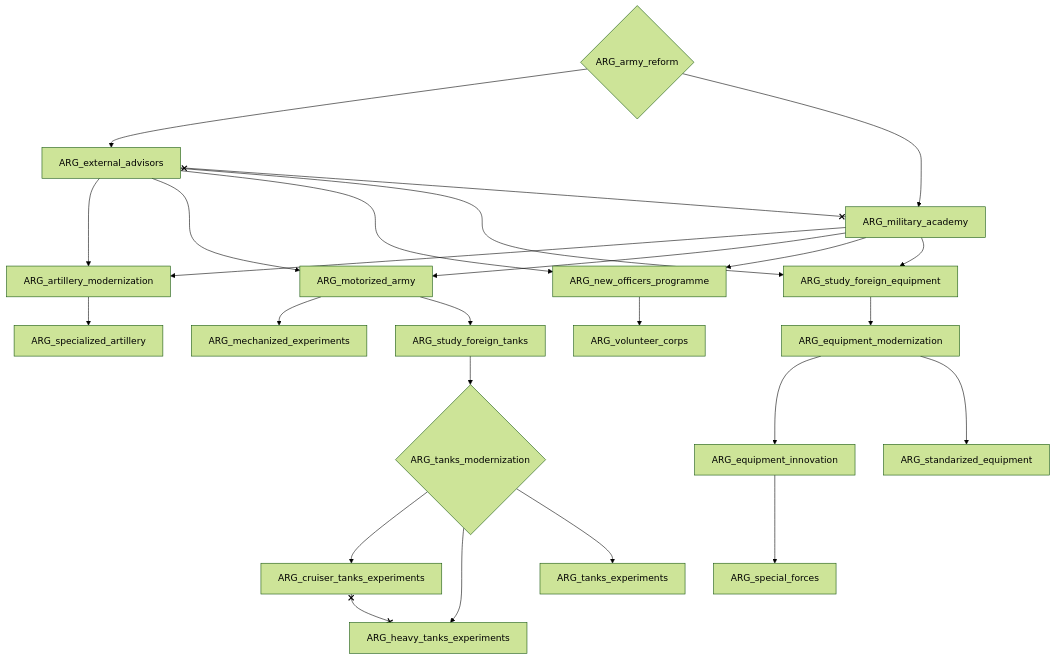
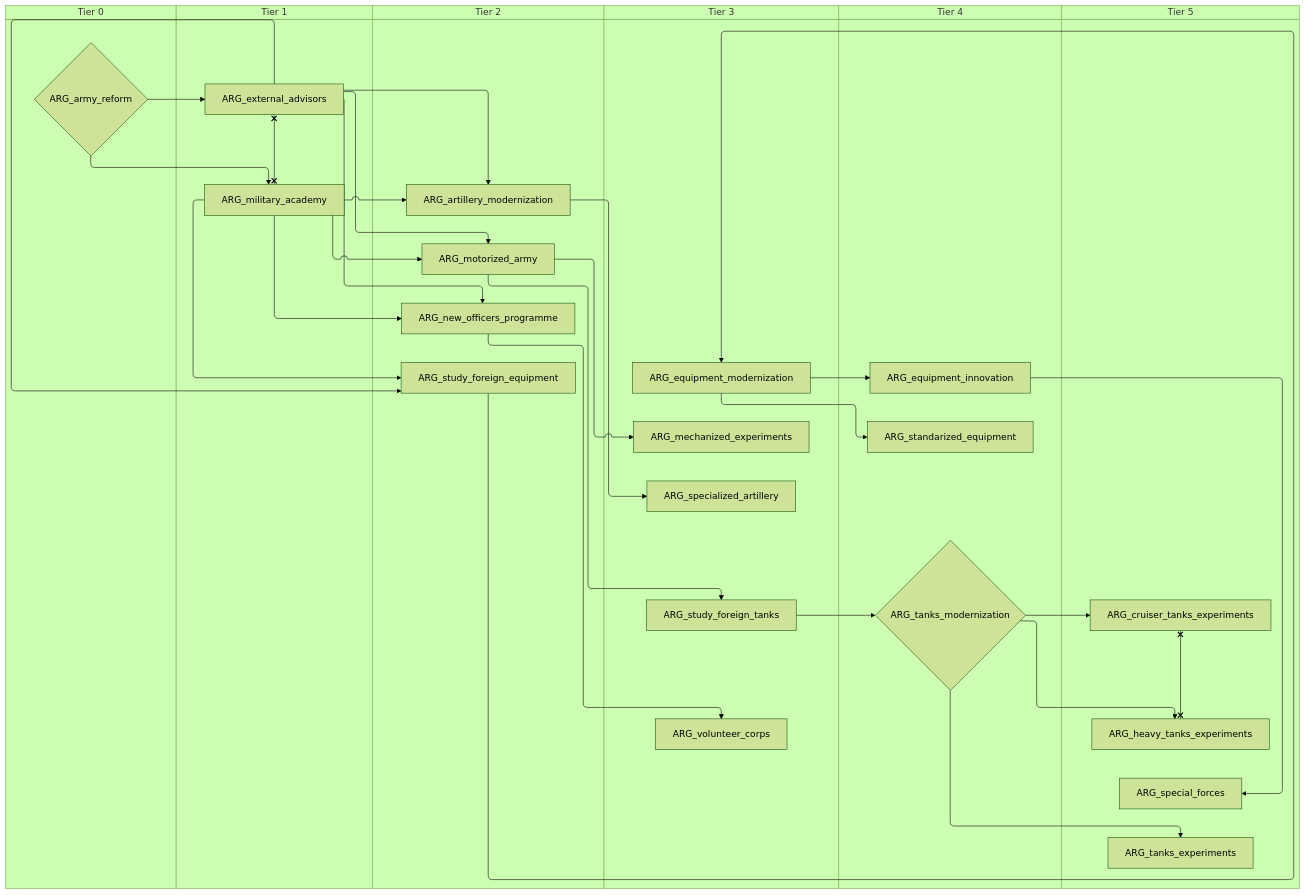
The second of 5 diagrams in docs/gdd/National Focuses/r56_argentina.md (evgeny-sobol/hoi4-sandbox-mode-r56), drawn with Mermaid (forest theme) before and after one commit. The commit also changed other lines of this file and 423 other files, not shown here.

First line of the commit message:
Re-export Rt56 focus trees as swimlane diagrams

````diff
--- a/docs/gdd/National Focuses/r56_argentina.md
+++ b/docs/gdd/National Focuses/r56_argentina.md
@@ -34,46 +42,58 @@
 ```mermaid
-flowchart TD
-    n13{"ARG_army_reform"}
-    n14["ARG_artillery_modernization"]
-    n15["ARG_cruiser_tanks_experiments"]
-    n16["ARG_equipment_innovation"]
-    n17["ARG_equipment_modernization"]
-    n18["ARG_external_advisors"]
-    n19["ARG_heavy_tanks_experiments"]
-    n20["ARG_mechanized_experiments"]
-    n21["ARG_military_academy"]
-    n22["ARG_motorized_army"]
-    n23["ARG_new_officers_programme"]
-    n24["ARG_special_forces"]
-    n25["ARG_specialized_artillery"]
-    n26["ARG_standarized_equipment"]
-    n27["ARG_study_foreign_equipment"]
-    n28["ARG_study_foreign_tanks"]
-    n29["ARG_tanks_experiments"]
-    n30{"ARG_tanks_modernization"}
-    n31["ARG_volunteer_corps"]
-    n18 --> n14
-    n21 --> n14
-    n30 --> n15
-    n17 --> n16
-    n27 --> n17
-    n13 --> n18
-    n30 --> n19
-    n22 --> n20
-    n13 --> n21
-    n18 --> n22
-    n21 --> n22
-    n18 --> n23
-    n21 --> n23
-    n16 --> n24
-    n14 --> n25
-    n17 --> n26
-    n18 --> n27
-    n21 --> n27
-    n22 --> n28
-    n30 --> n29
-    n28 --> n30
-    n23 --> n31
-    n15 x--x n19
-    n18 x--x n21
+swimlane-beta TD
+    subgraph tier_0["Tier 0"]
+        n13{"ARG_army_reform"}
+    end
+    subgraph tier_1["Tier 1"]
+        n14["ARG_external_advisors"]
+        n15["ARG_military_academy"]
+    end
+    subgraph tier_2["Tier 2"]
+        n16["ARG_artillery_modernization"]
+        n17["ARG_motorized_army"]
+        n18["ARG_new_officers_programme"]
+        n19["ARG_study_foreign_equipment"]
+    end
+    subgraph tier_3["Tier 3"]
+        n20["ARG_equipment_modernization"]
+        n21["ARG_mechanized_experiments"]
+        n22["ARG_specialized_artillery"]
+        n23["ARG_study_foreign_tanks"]
+        n24["ARG_volunteer_corps"]
+    end
+    subgraph tier_4["Tier 4"]
+        n25["ARG_equipment_innovation"]
+        n26["ARG_standarized_equipment"]
+        n27{"ARG_tanks_modernization"}
+    end
+    subgraph tier_5["Tier 5"]
+        n28["ARG_cruiser_tanks_experiments"]
+        n29["ARG_heavy_tanks_experiments"]
+        n30["ARG_special_forces"]
+        n31["ARG_tanks_experiments"]
+    end
+    n14 --> n16
+    n15 --> n16
+    n27 --> n28
+    n20 --> n25
+    n19 --> n20
+    n13 --> n14
+    n27 --> n29
+    n17 --> n21
+    n13 --> n15
+    n14 --> n17
+    n15 --> n17
+    n14 --> n18
+    n15 --> n18
+    n25 --> n30
+    n16 --> n22
+    n20 --> n26
+    n14 --> n19
+    n15 --> n19
+    n17 --> n23
+    n27 --> n31
+    n23 --> n27
+    n18 --> n24
+    n28 x--x n29
+    n14 x--x n15
 ```
````
